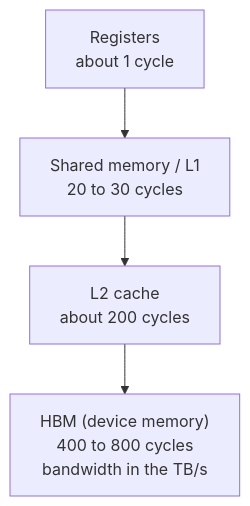
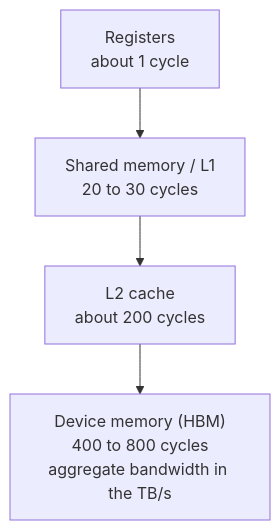
One commit to arpanpathak/cracking-the-systems-programming-interview changed the second of 6 diagrams in systems_design/01-gpu-execution-model.md. Above: the diagram before and after it, drawn with Mermaid. The commit also changed other lines of this file and 6 other files, not shown here.

````diff
--- a/systems_design/01-gpu-execution-model.md
+++ b/systems_design/01-gpu-execution-model.md
@@ -42,9 +68,9 @@
 ```mermaid
 flowchart TB
     REG["Registers<br/>about 1 cycle"]
     SHM["Shared memory / L1<br/>20 to 30 cycles"]
     L2["L2 cache<br/>about 200 cycles"]
-    HBM["HBM (device memory)<br/>400 to 800 cycles<br/>bandwidth in the TB/s"]
+    HBM["Device memory (HBM)<br/>400 to 800 cycles<br/>aggregate bandwidth in the TB/s"]
 
     REG --> SHM --> L2 --> HBM
 ```
````
